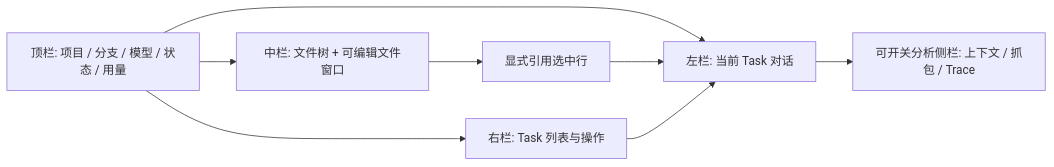
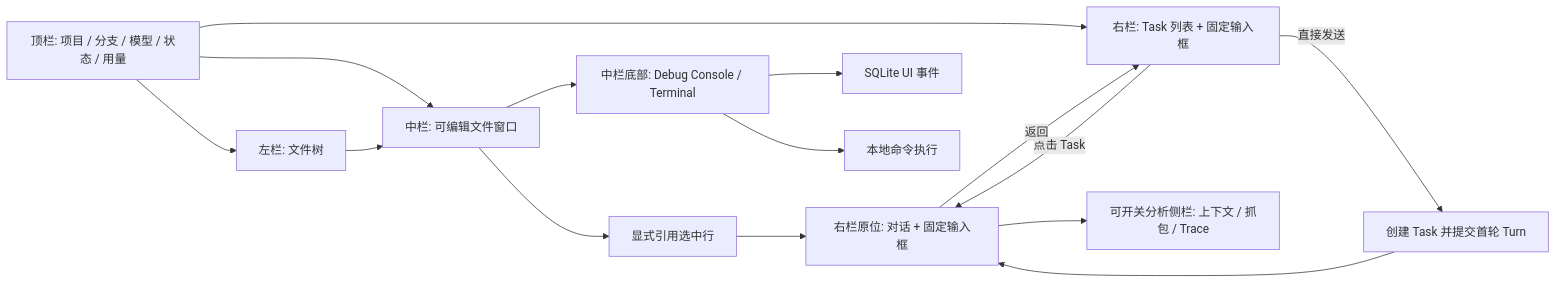
The first of 3 diagrams in docs/agent/modules/ui/workspace.md (hfqf/figo-agent), drawn with Mermaid before and after one commit. The commit also changed other lines of this file and 82 other files, not shown here.

````diff
--- a/docs/agent/modules/ui/workspace.md
+++ b/docs/agent/modules/ui/workspace.md
@@ -7,10 +7,17 @@
 ```mermaid
 flowchart LR
-  Top[顶栏: 项目 / 分支 / 模型 / 状态 / 用量] --> Chat[左栏: 当前 Task 对话]
-  Top --> Files[中栏: 文件树 + 可编辑文件窗口]
-  Top --> Tasks[右栏: Task 列表与操作]
+  Top[顶栏: 项目 / 分支 / 模型 / 状态 / 用量] --> Tree[左栏: 文件树]
+  Top --> Files[中栏: 可编辑文件窗口]
+  Top --> Tasks[右栏: Task 列表 + 固定输入框]
+  Tasks -->|点击 Task| Chat[右栏原位: 对话 + 固定输入框]
+  Tasks -->|直接发送| NewTask[创建 Task 并提交首轮 Turn]
+  NewTask --> Chat
+  Chat -->|返回| Tasks
+  Files --> Tools[中栏底部: Debug Console / Terminal]
+  Tools --> Events[SQLite UI 事件]
+  Tools --> Shell[本地命令执行]
   Chat --> Inspector[可开关分析侧栏: 上下文 / 抓包 / Trace]
+  Tree --> Files
   Files --> Reference[显式引用选中行]
   Reference --> Chat
-  Tasks --> Chat
 ```
````
